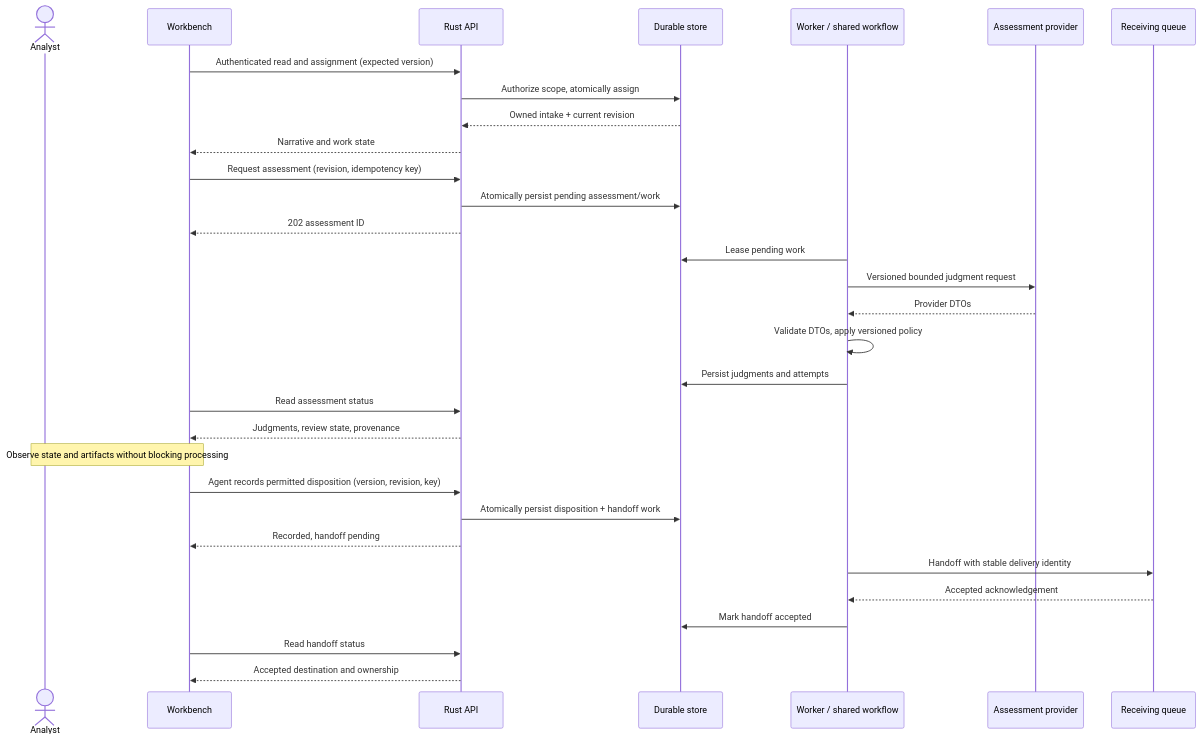
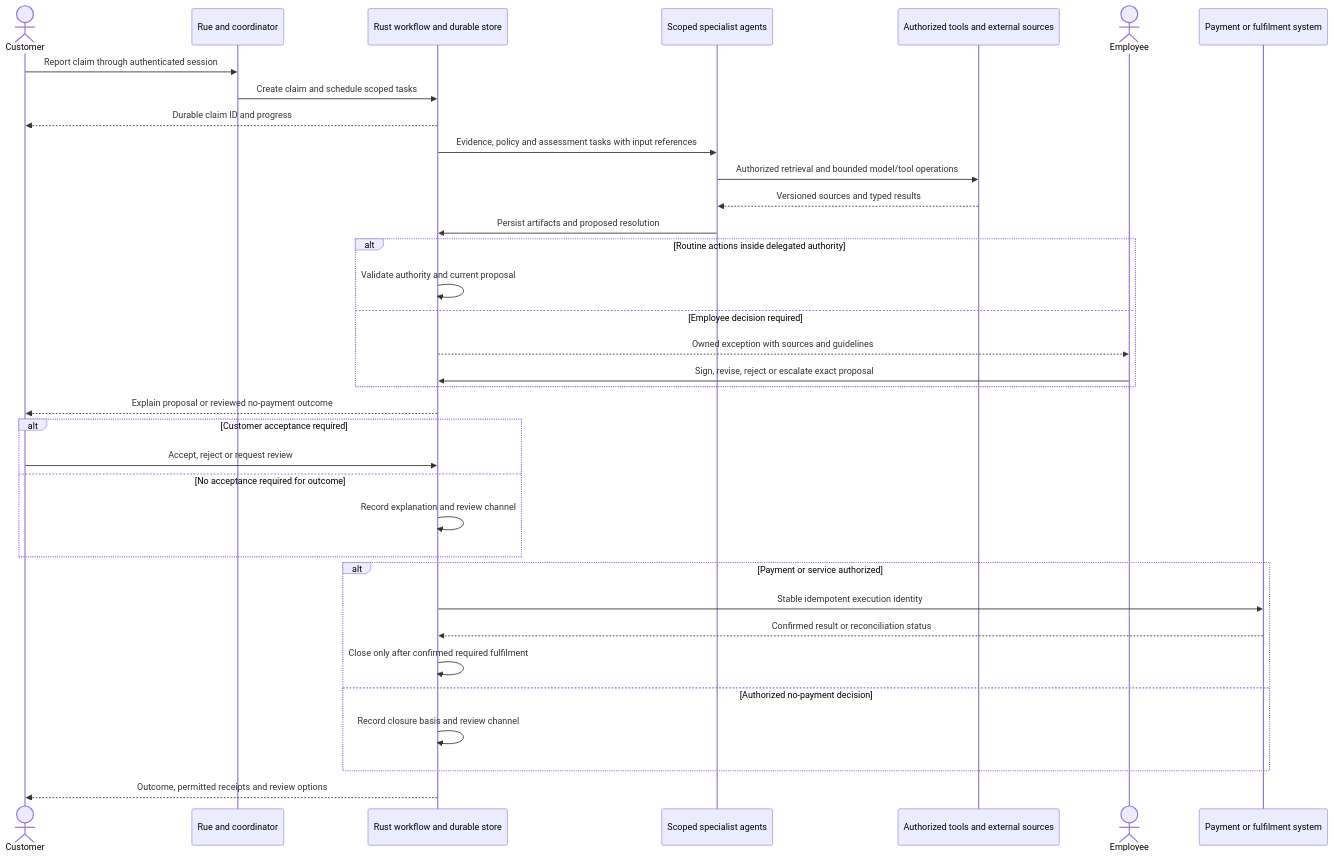
The fourth of 6 diagrams in docs/system-design.md (niksacdev/jev-sample), drawn with Mermaid before and after one commit. The commit also changed other lines of this file and 1 other file, not shown here.

First line of the commit message:
Rewrite Reassure design as coherent full-claims system architecture

````diff
--- a/docs/system-design.md
+++ b/docs/system-design.md
@@ -346,33 +301,37 @@
 ```mermaid
 sequenceDiagram
-    actor Analyst
-    participant UI as Workbench
-    participant API as Rust API
-    participant DB as Durable store
-    participant W as Worker / shared workflow
-    participant P as Assessment provider
-    participant Q as Receiving queue
-    UI->>API: Authenticated read and assignment (expected version)
-    API->>DB: Authorize scope, atomically assign
-    DB-->>API: Owned intake + current revision
-    API-->>UI: Narrative and work state
-    UI->>API: Request assessment (revision, idempotency key)
-    API->>DB: Atomically persist pending assessment/work
-    API-->>UI: 202 assessment ID
-    W->>DB: Lease pending work
-    W->>P: Versioned bounded judgment request
-    P-->>W: Provider DTOs
-    W->>W: Validate DTOs, apply versioned policy
-    W->>DB: Persist judgments and attempts
-    UI->>API: Read assessment status
-    API-->>UI: Judgments, review state, provenance
-    Note over Analyst,UI: Observe state and artifacts without blocking processing
-    UI->>API: Agent records permitted disposition (version, revision, key)
-    API->>DB: Atomically persist disposition + handoff work
-    API-->>UI: Recorded, handoff pending
-    W->>Q: Handoff with stable delivery identity
-    Q-->>W: Accepted acknowledgement
-    W->>DB: Mark handoff accepted
-    UI->>API: Read handoff status
-    API-->>UI: Accepted destination and ownership
+    actor C as Customer
+    participant R as Rue and coordinator
+    participant W as Rust workflow and durable store
+    participant A as Scoped specialist agents
+    participant T as Authorized tools and external sources
+    actor E as Employee
+    participant P as Payment or fulfilment system
+    C->>R: Report claim through authenticated session
+    R->>W: Create claim and schedule scoped tasks
+    W-->>C: Durable claim ID and progress
+    W->>A: Evidence, policy and assessment tasks with input references
+    A->>T: Authorized retrieval and bounded model/tool operations
+    T-->>A: Versioned sources and typed results
+    A->>W: Persist artifacts and proposed resolution
+    alt Routine actions inside delegated authority
+        W->>W: Validate authority and current proposal
+    else Employee decision required
+        W-->>E: Owned exception with sources and guidelines
+        E->>W: Sign, revise, reject or escalate exact proposal
+    end
+    W-->>C: Explain proposal or reviewed no-payment outcome
+    alt Customer acceptance required
+        C->>W: Accept, reject or request review
+    else No acceptance required for outcome
+        W->>W: Record explanation and review channel
+    end
+    alt Payment or service authorized
+        W->>P: Stable idempotent execution identity
+        P-->>W: Confirmed result or reconciliation status
+        W->>W: Close only after confirmed required fulfilment
+    else Authorized no-payment decision
+        W->>W: Record closure basis and review channel
+    end
+    W-->>C: Outcome, permitted receipts and review options
 ```
````
